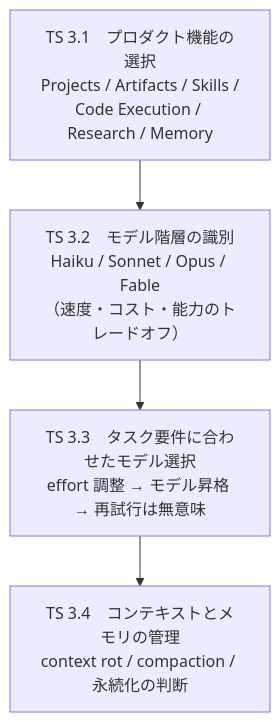
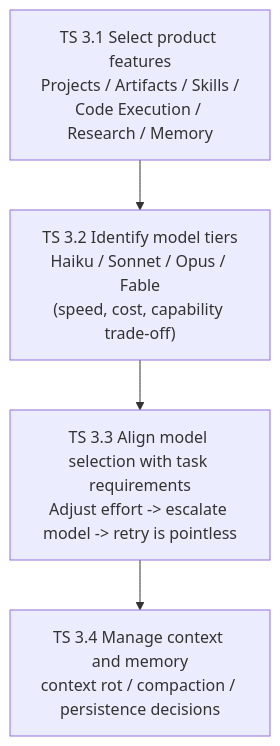
Before and after one commit to AbdullahMufti/ccao-f-guide: the fifth of 19 diagrams in guide.md, drawn with Mermaid. The commit also changed other lines of this file and 3 other files, not shown here.

````diff
--- a/guide.md
+++ b/guide.md
@@ -401,8 +402,8 @@
 ```mermaid
 flowchart TB
-    A["TS 3.1　プロダクト機能の選択<br/>Projects / Artifacts / Skills /<br/>Code Execution / Research / Memory"]
-    B["TS 3.2　モデル階層の識別<br/>Haiku / Sonnet / Opus / Fable<br/>（速度・コスト・能力のトレードオフ）"]
-    C["TS 3.3　タスク要件に合わせたモデル選択<br/>effort 調整 → モデル昇格 → 再試行は無意味"]
-    D["TS 3.4　コンテキストとメモリの管理<br/>context rot / compaction / 永続化の判断"]
+    A["TS 3.1 Select product features<br/>Projects / Artifacts / Skills /<br/>Code Execution / Research / Memory"]
+    B["TS 3.2 Identify model tiers<br/>Haiku / Sonnet / Opus / Fable<br/>(speed, cost, capability trade-off)"]
+    C["TS 3.3 Align model selection with task requirements<br/>Adjust effort -> escalate model -> retry is pointless"]
+    D["TS 3.4 Manage context and memory<br/>context rot / compaction / persistence decisions"]
     A --> B --> C --> D
 ```
````
